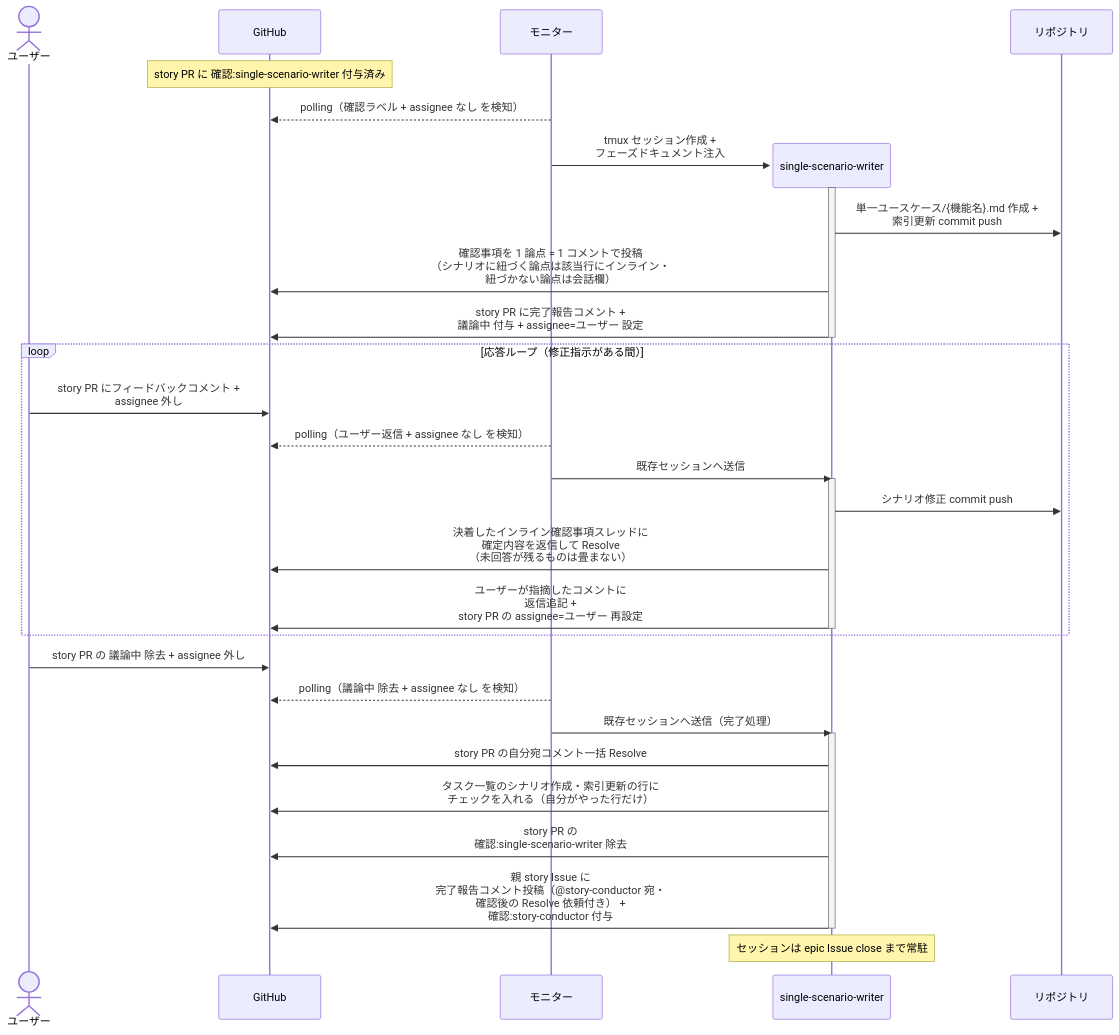
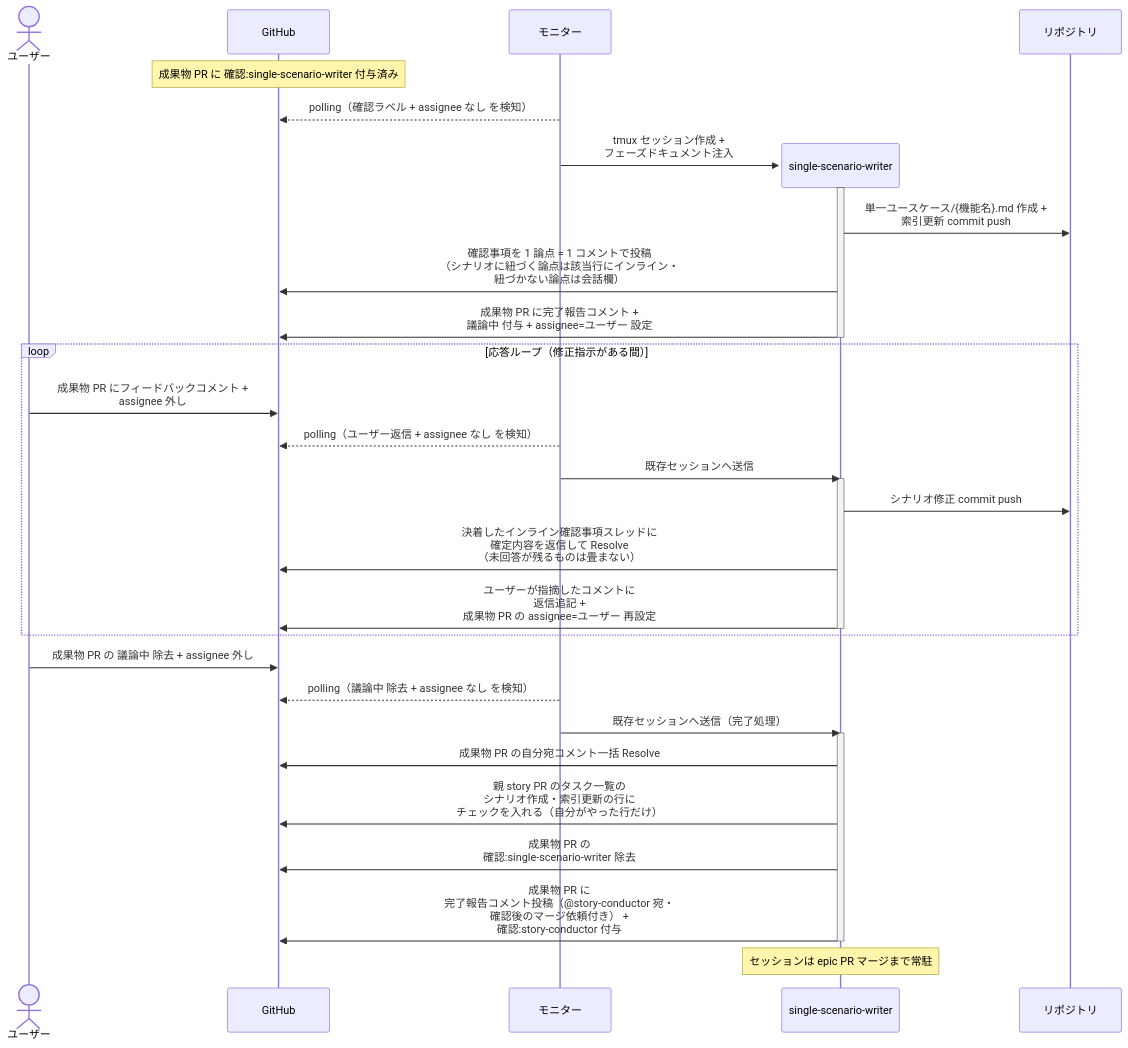
One commit to shuhei1101/ai-monitor changed the first of 3 diagrams in docs/wiki/設計図/シナリオ/単一ユースケース/単一シナリオ設計.md. Above: the diagram before and after it, drawn with Mermaid. The commit also changed other lines of this file and 256 other files, not shown here.

````diff
--- a/docs/wiki/設計図/シナリオ/単一ユースケース/単一シナリオ設計.md
+++ b/docs/wiki/設計図/シナリオ/単一ユースケース/単一シナリオ設計.md
@@ -26,39 +26,39 @@
 ```mermaid
 sequenceDiagram
   actor U as ユーザー
   participant GH as GitHub
   participant ORC as モニター
 
-  Note over GH: story PR に 確認:single-scenario-writer 付与済み
+  Note over GH: 成果物 PR に 確認:single-scenario-writer 付与済み
   ORC-->>GH: polling（確認ラベル + assignee なし を検知）
   create participant MON as single-scenario-writer
   ORC->>MON: tmux セッション作成 +<br>フェーズドキュメント注入
   participant REPO as リポジトリ
   activate MON
   MON->>REPO: 単一ユースケース/{機能名}.md 作成 +<br>索引更新 commit push
   MON->>GH: 確認事項を 1 論点 = 1 コメントで投稿<br>（シナリオに紐づく論点は該当行にインライン・<br>紐づかない論点は会話欄）
-  MON->>GH: story PR に完了報告コメント +<br>議論中 付与 + assignee=ユーザー 設定
+  MON->>GH: 成果物 PR に完了報告コメント +<br>議論中 付与 + assignee=ユーザー 設定
   deactivate MON
 
   loop 応答ループ（修正指示がある間）
-    U->>GH: story PR にフィードバックコメント +<br>assignee 外し
+    U->>GH: 成果物 PR にフィードバックコメント +<br>assignee 外し
     ORC-->>GH: polling（ユーザー返信 + assignee なし を検知）
     ORC->>MON: 既存セッションへ送信
     activate MON
     MON->>REPO: シナリオ修正 commit push
     MON->>GH: 決着したインライン確認事項スレッドに<br>確定内容を返信して Resolve<br>（未回答が残るものは畳まない）
-    MON->>GH: ユーザーが指摘したコメントに<br>返信追記 +<br>story PR の assignee=ユーザー 再設定
+    MON->>GH: ユーザーが指摘したコメントに<br>返信追記 +<br>成果物 PR の assignee=ユーザー 再設定
     deactivate MON
   end
 
-  U->>GH: story PR の 議論中 除去 + assignee 外し
+  U->>GH: 成果物 PR の 議論中 除去 + assignee 外し
   ORC-->>GH: polling（議論中 除去 + assignee なし を検知）
   ORC->>MON: 既存セッションへ送信（完了処理）
   activate MON
-  MON->>GH: story PR の自分宛コメント一括 Resolve
-  MON->>GH: タスク一覧のシナリオ作成・索引更新の行に<br>チェックを入れる（自分がやった行だけ）
-  MON->>GH: story PR の<br>確認:single-scenario-writer 除去
-  MON->>GH: 親 story Issue に<br>完了報告コメント投稿（@story-conductor 宛・<br>確認後の Resolve 依頼付き） +<br>確認:story-conductor 付与
+  MON->>GH: 成果物 PR の自分宛コメント一括 Resolve
+  MON->>GH: 親 story PR のタスク一覧の<br>シナリオ作成・索引更新の行に<br>チェックを入れる（自分がやった行だけ）
+  MON->>GH: 成果物 PR の<br>確認:single-scenario-writer 除去
+  MON->>GH: 成果物 PR に<br>完了報告コメント投稿（@story-conductor 宛・<br>確認後のマージ依頼付き） +<br>確認:story-conductor 付与
   deactivate MON
-  Note over MON: セッションは epic Issue close まで常駐
+  Note over MON: セッションは epic PR マージまで常駐
 ```
````
